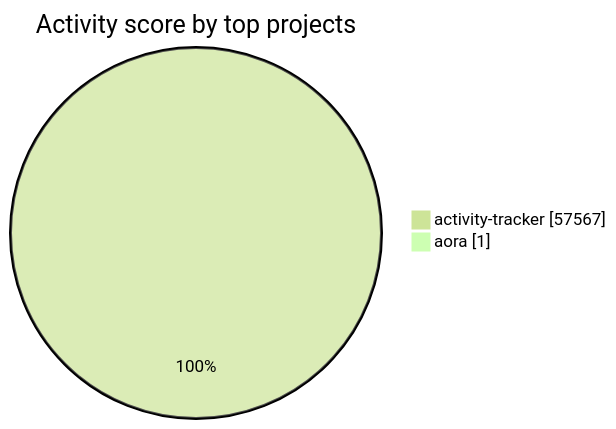
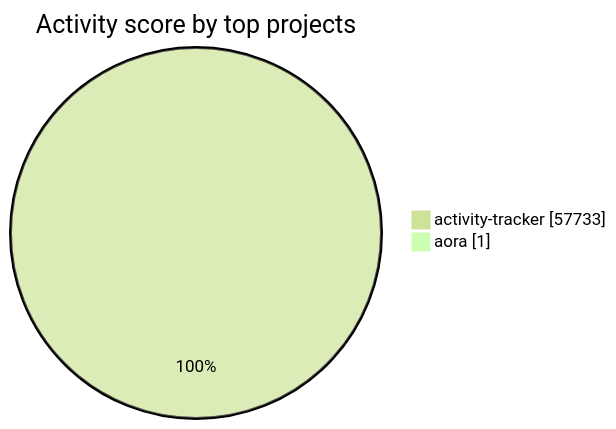
One commit to Sonkarrushikesh22/activity-tracker changed the diagram in visualizations/README.md. Above: the diagram before and after it, drawn with Mermaid (forest theme). The commit also changed other lines of this file and 4 other files, not shown here.

````diff
--- a/visualizations/README.md
+++ b/visualizations/README.md
@@ -33,6 +33,6 @@
 ```mermaid
 pie showData
     title Activity score by top projects
-    "activity-tracker" : 57567
+    "activity-tracker" : 57733
     "aora" : 1
 ```
````
